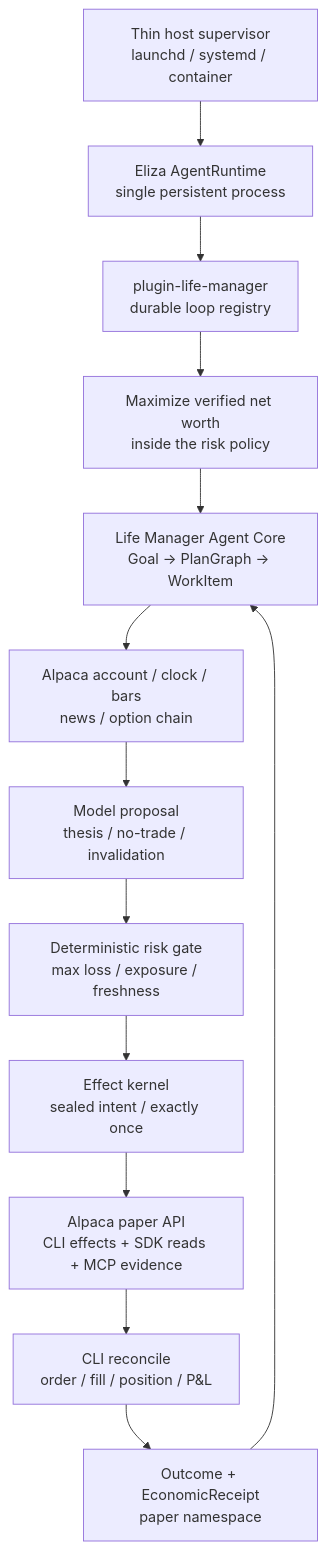
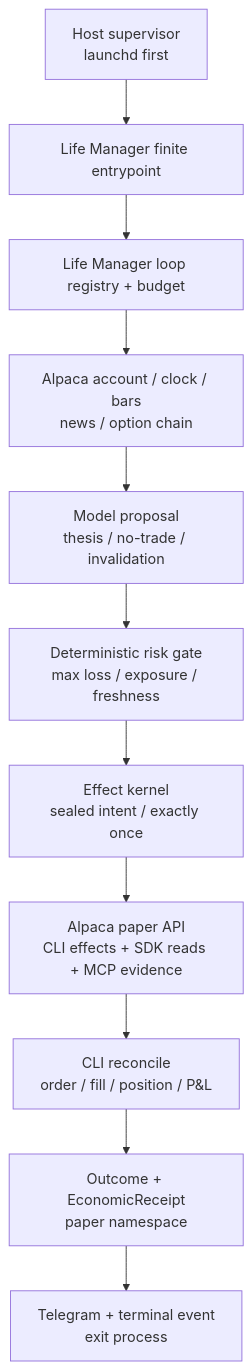
The second of 3 diagrams in docs/superpowers/specs/2026-09-01-alpaca-money-maximizer-design.md (Daisuke134/anicca), drawn with Mermaid before and after one commit. The commit also changed other lines of this file, not shown here.

Commit message:
docs: retreat Alpaca loop into Life Manager

````diff
--- a/docs/superpowers/specs/2026-09-01-alpaca-money-maximizer-design.md
+++ b/docs/superpowers/specs/2026-09-01-alpaca-money-maximizer-design.md
@@ -106,15 +152,13 @@
 ```mermaid
 flowchart TD
-    HOST["Thin host supervisor<br/>launchd / systemd / container"] --> RUNTIME["Eliza AgentRuntime<br/>single persistent process"]
-    RUNTIME --> REGISTRY["plugin-life-manager<br/>durable loop registry"]
-    REGISTRY --> GOAL
-    GOAL["Maximize verified net worth<br/>inside the risk policy"] --> CORE["Life Manager Agent Core<br/>Goal → PlanGraph → WorkItem"]
-    CORE --> OBS["Alpaca account / clock / bars<br/>news / option chain"]
+    HOST["Host supervisor<br/>launchd first"] --> ENTRY["Life Manager finite entrypoint"]
+    ENTRY --> REGISTRY["Life Manager loop registry + budget"]
+    REGISTRY --> OBS["Alpaca account / clock / bars<br/>news / option chain"]
     OBS --> MODEL["Model proposal<br/>thesis / no-trade / invalidation"]
     MODEL --> GATE["Deterministic risk gate<br/>max loss / exposure / freshness"]
     GATE --> EFFECT["Effect kernel<br/>sealed intent / exactly once"]
     EFFECT --> ALPACA["Alpaca paper API<br/>CLI effects + SDK reads + MCP evidence"]
     ALPACA --> RECON["CLI reconcile<br/>order / fill / position / P&L"]
     RECON --> RECEIPT["Outcome + EconomicReceipt<br/>paper namespace"]
-    RECEIPT --> CORE
+    RECEIPT --> EXIT["Telegram + terminal event<br/>exit process"]
 ```
````
